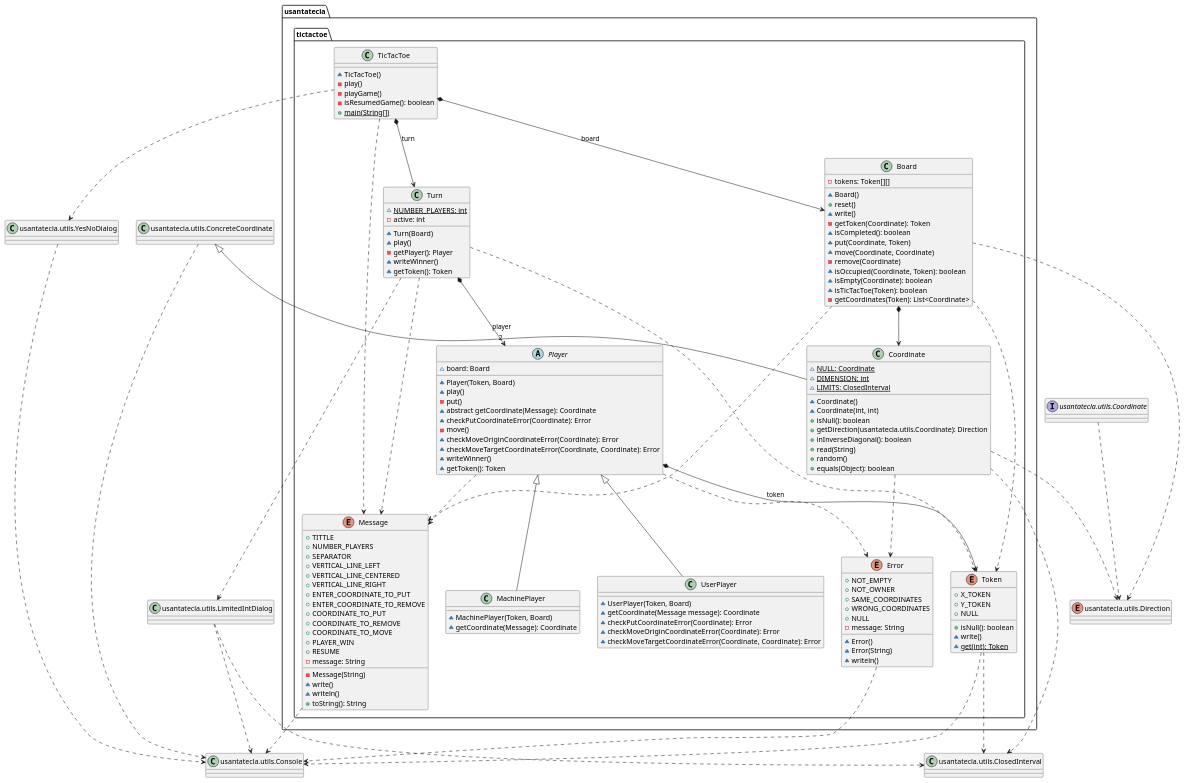
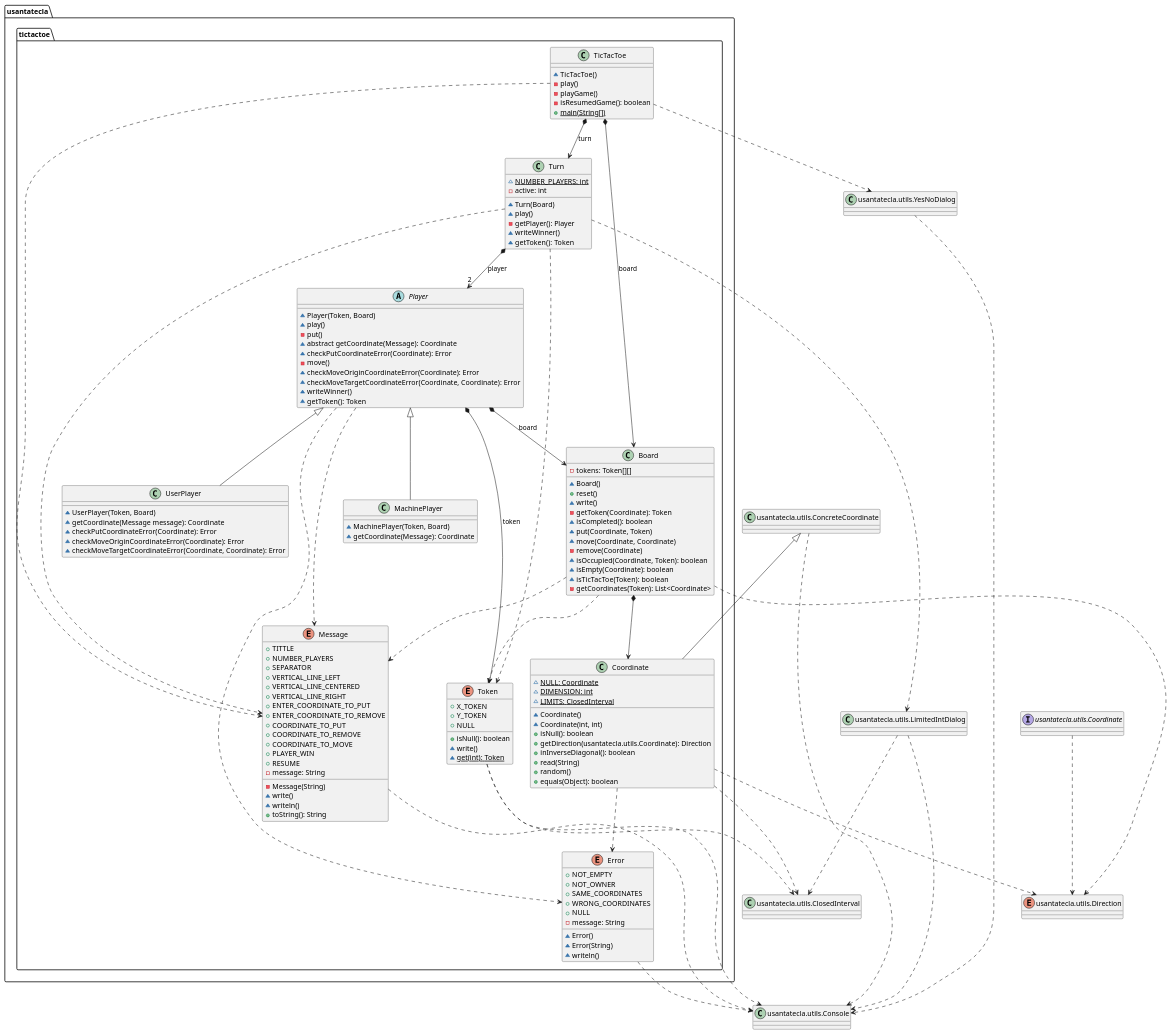
The first of 2 diagrams in domainModel/docs/diagrams/src/paquetes.plantuml (Jolucaa/USantaTecla-project-ticTacToe), drawn with PlantUML before and after one commit. The commit also changed other lines of this file and 2 other files, not shown here.

Commit message:
DomainModel diagrams finished

```diff
--- a/domainModel/docs/diagrams/src/paquetes.plantuml
+++ b/domainModel/docs/diagrams/src/paquetes.plantuml
@@ -1,189 +1,189 @@
 @startuml tictactoe
 namespace usantatecla.tictactoe {
 class Board {
 	- tokens: Token[][] 
 	~ Board()
 	+ reset() 
 	~ write() 
 	- getToken(Coordinate): Token 
 	~ isCompleted(): boolean 
 	~ put(Coordinate, Token) 
 	~ move(Coordinate, Coordinate) 
 	- remove(Coordinate) 
 	~ isOccupied(Coordinate, Token): boolean 
 	~ isEmpty(Coordinate): boolean
 	~ isTicTacToe(Token): boolean
 	- getCoordinates(Token): List<Coordinate> 
 }
 
 class Coordinate {
 	~ NULL: {static} Coordinate
 	~ DIMENSION: {static} int 
 	~ LIMITS: {static} ClosedInterval 
 	~ Coordinate()
 	~ Coordinate(int, int)
 	+ isNull(): boolean 
 	+ getDirection(usantatecla.utils.Coordinate): Direction 
 	+ inInverseDiagonal(): boolean 
 	+ read(String)
 	+ random() 
 	+ equals(Object): boolean 
 }
 
 enum Error {
 
 	+ NOT_EMPTY
 	+ NOT_OWNER
 	+ SAME_COORDINATES
 	+ WRONG_COORDINATES
 	+ NULL
 	- message: String 
 	~ Error()
 	~ Error(String)
 	~ writeln()
 }
 
 class MachinePlayer {
 	~ MachinePlayer(Token, Board)
 	~ getCoordinate(Message): Coordinate 
 }
 
 enum Message {
 	+ TITTLE
 	+ NUMBER_PLAYERS
 	+ SEPARATOR
 	+ VERTICAL_LINE_LEFT
 	+ VERTICAL_LINE_CENTERED
 	+ VERTICAL_LINE_RIGHT
 	+ ENTER_COORDINATE_TO_PUT
 	+ ENTER_COORDINATE_TO_REMOVE
 	+ COORDINATE_TO_PUT
 	+ COORDINATE_TO_REMOVE
 	+ COORDINATE_TO_MOVE
 	+ PLAYER_WIN
 	+ RESUME
 	- message: String 
 	- Message(String)
 	~ write()
 	~ writeln()
 	+ toString(): String 
 }
 
 
 abstract class Player {
-	~ board: Board 
 	~ Player(Token, Board)
 	~ play()
 	- put()
 	~ abstract getCoordinate(Message): Coordinate 
 	~ checkPutCoordinateError(Coordinate): Error 
 	- move()
 	~ checkMoveOriginCoordinateError(Coordinate): Error 
 	~ checkMoveTargetCoordinateError(Coordinate, Coordinate): Error 
 	~ writeWinner()
 	~ getToken(): Token 
 }
 
 class TicTacToe{
     ~ TicTacToe()
 	- play()
     - playGame()
 	- isResumedGame(): boolean
 	+ {static} main(String[])
 }
 
 enum Token {
 	+ X_TOKEN
 	+ Y_TOKEN
 	+ NULL
     + isNull(): boolean 
     ~ write()
     ~ {static} get(int): Token 
 }
 
 class Turn {
 	~ NUMBER_PLAYERS: {static} int 
 	- active: int 
 	~ Turn(Board)
 	~ play()
 	- getPlayer(): Player 
 	~ writeWinner()
 	~ getToken(): Token  
 }
 
 class UserPlayer extends Player {
 	~ UserPlayer(Token, Board)
 	~ getCoordinate(Message message): Coordinate
 	~ checkPutCoordinateError(Coordinate): Error 
 	~ checkMoveOriginCoordinateError(Coordinate): Error
 	~ checkMoveTargetCoordinateError(Coordinate, Coordinate): Error
 }
 
 TicTacToe *-down-> Board : board
 TicTacToe *-down-> Turn : turn
 
 Board .down.> Token
 Turn .down.> Token
 Player *-down-> Token : token
+Player *-down-> Board : board
 Turn *-down-> "2" Player : player
 Board *-down-> Coordinate 
 Player <|-down- MachinePlayer
 Coordinate .down.> Error
 Player .down.> Error
 Board .down.> Message
 Player .down.> Message
 TicTacToe .down.> Message
 Turn .down.> Message
 
 }
 
 class ConcreteCoordinate as "usantatecla.utils.ConcreteCoordinate"{
 
 }
 
 class ClosedInterval as "usantatecla.utils.ClosedInterval"{
 	
 }
 
 class Console as "usantatecla.utils.Console"{
 	
 }
 
 class LimitedIntDialog as "usantatecla.utils.LimitedIntDialog"{
 	
 }
 
 class YesNoDialog as "usantatecla.utils.YesNoDialog"{
 	
 }
 
 enum Direction as "usantatecla.utils.Direction"{
 	
 }
 
 interface Coordinate as "usantatecla.utils.Coordinate"{
 	
 }
 
 ConcreteCoordinate <|-down- usantatecla.tictactoe.Coordinate
 
 usantatecla.tictactoe.Coordinate .down.> ClosedInterval
 usantatecla.tictactoe.Token .down.> ClosedInterval
 LimitedIntDialog .down.> ClosedInterval
 
 
 usantatecla.tictactoe.Error .down.> Console
 usantatecla.tictactoe.Message .down.> Console
 usantatecla.tictactoe.Token .down.> Console
 ConcreteCoordinate .down.> Console
 LimitedIntDialog .down.> Console
 YesNoDialog .down.> Console
 
 
 usantatecla.tictactoe.Turn .down.> LimitedIntDialog
 usantatecla.tictactoe.TicTacToe .down.> YesNoDialog
 
 usantatecla.tictactoe.Board .down.> Direction
 usantatecla.tictactoe.Coordinate .down.> Direction
 Coordinate .down.> Direction
 @enduml
```
